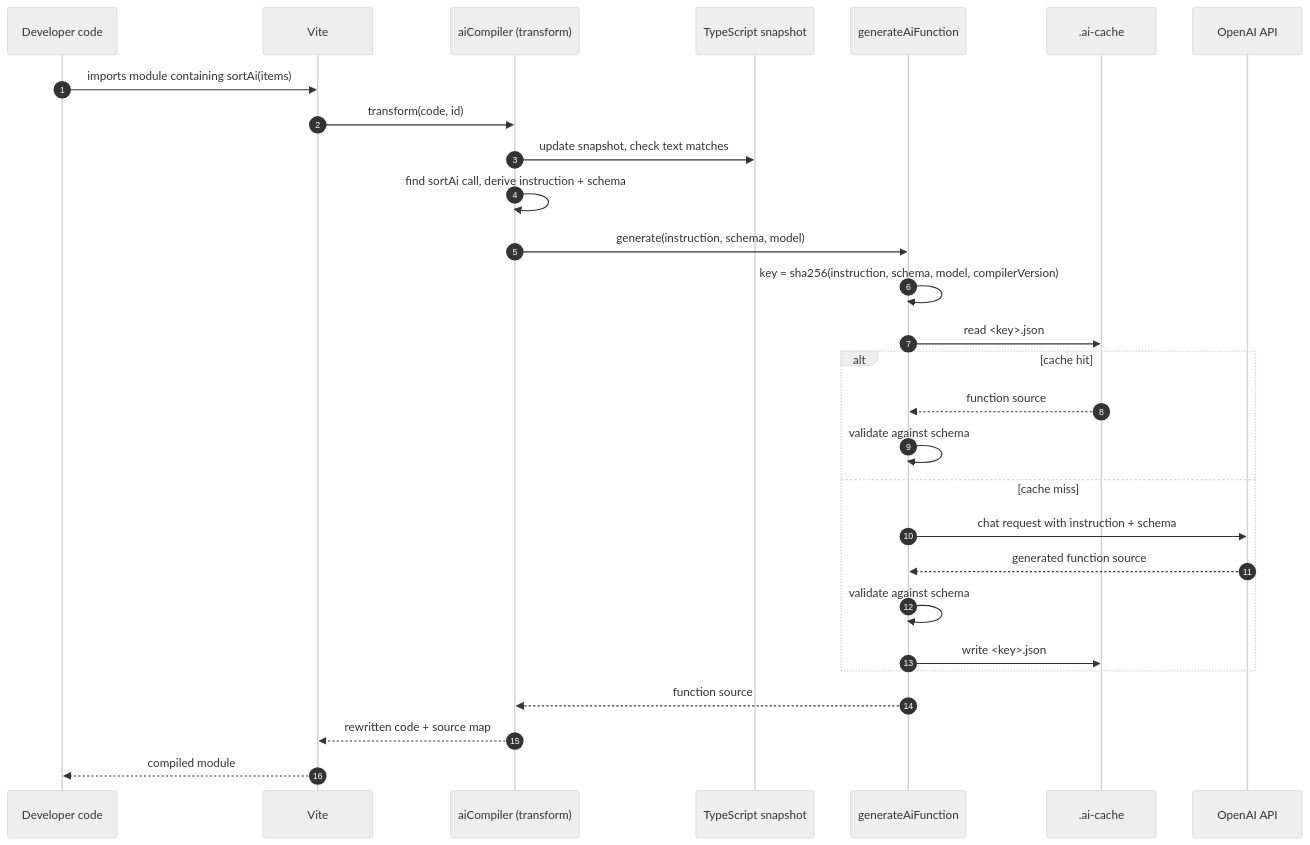
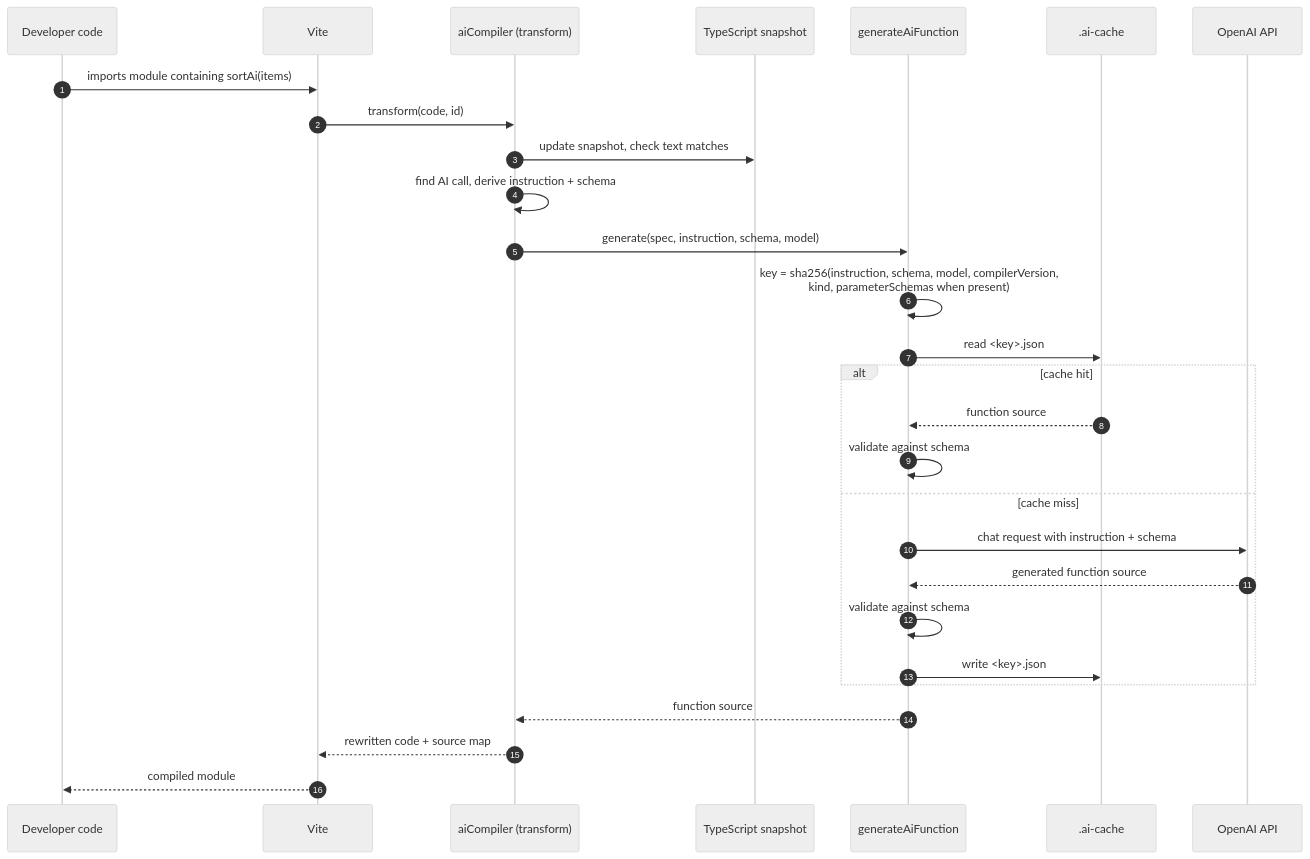
The third of 3 diagrams in packages/vite-plugin/docs/architecture.md (rand0mC0d3r/ai-lambda), drawn with Mermaid (neutral theme) before and after one commit. The commit also changed other lines of this file, not shown here.

Commit message:
docs: update architecture documentation to include filterAi and mapAi in transform hook details

````diff
--- a/packages/vite-plugin/docs/architecture.md
+++ b/packages/vite-plugin/docs/architecture.md
@@ -82,31 +85,31 @@
 ```mermaid
 sequenceDiagram
     autonumber
     participant Dev as Developer code
     participant Vite as Vite
     participant Plugin as aiCompiler (transform)
     participant TS as TypeScript snapshot
     participant Gen as generateAiFunction
     participant Cache as .ai-cache
     participant OpenAI as OpenAI API
 
     Dev->>Vite: imports module containing sortAi(items)
     Vite->>Plugin: transform(code, id)
     Plugin->>TS: update snapshot, check text matches
-    Plugin->>Plugin: find sortAi call, derive instruction + schema
-    Plugin->>Gen: generate(instruction, schema, model)
-    Gen->>Gen: key = sha256(instruction, schema, model, compilerVersion)
+    Plugin->>Plugin: find AI call, derive instruction + schema
+    Plugin->>Gen: generate(spec, instruction, schema, model)
+    Gen->>Gen: key = sha256(instruction, schema, model, compilerVersion,<br/>kind, parameterSchemas when present)
     Gen->>Cache: read <key>.json
     alt cache hit
         Cache-->>Gen: function source
         Gen->>Gen: validate against schema
     else cache miss
         Gen->>OpenAI: chat request with instruction + schema
         OpenAI-->>Gen: generated function source
         Gen->>Gen: validate against schema
         Gen->>Cache: write <key>.json
     end
     Gen-->>Plugin: function source
     Plugin-->>Vite: rewritten code + source map
     Vite-->>Dev: compiled module
 ```
````
